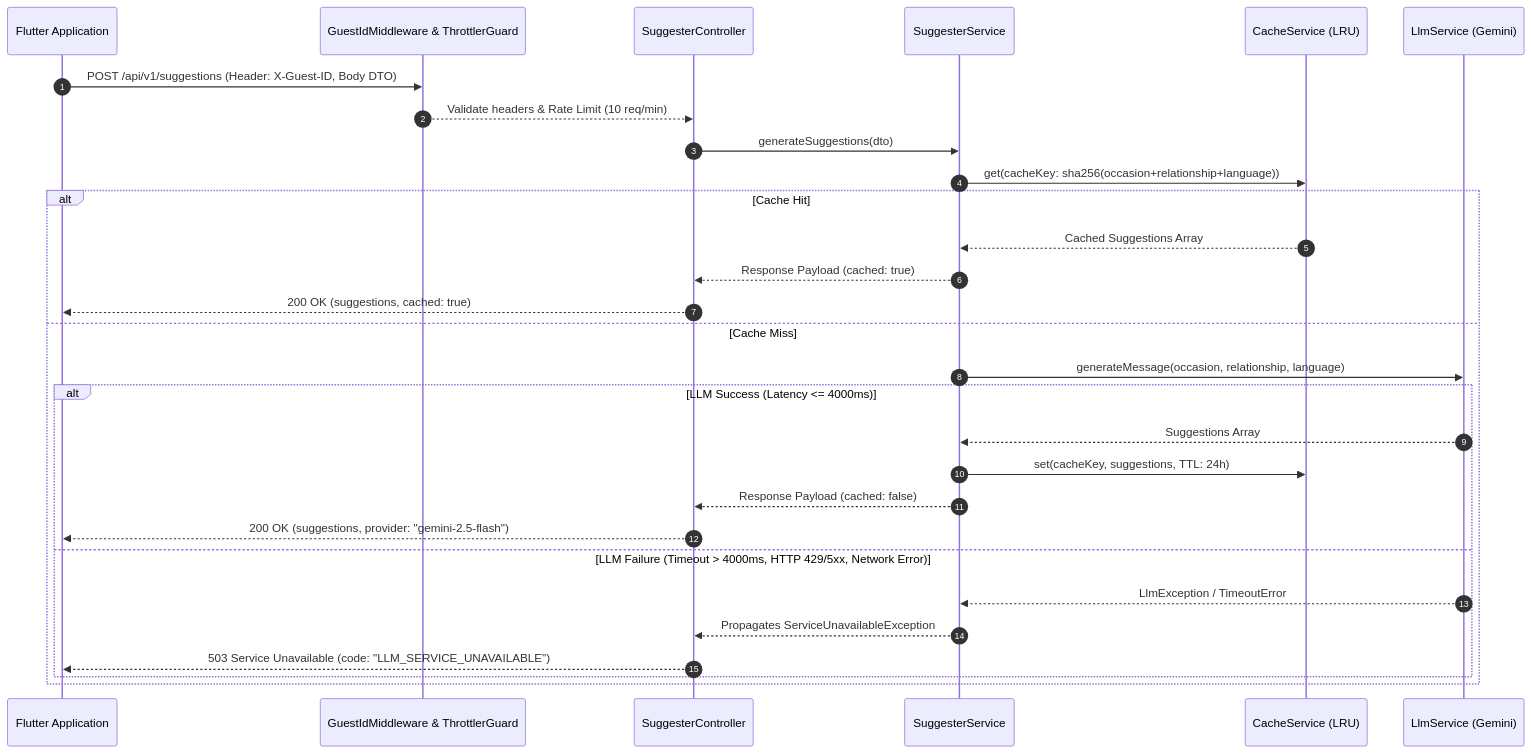
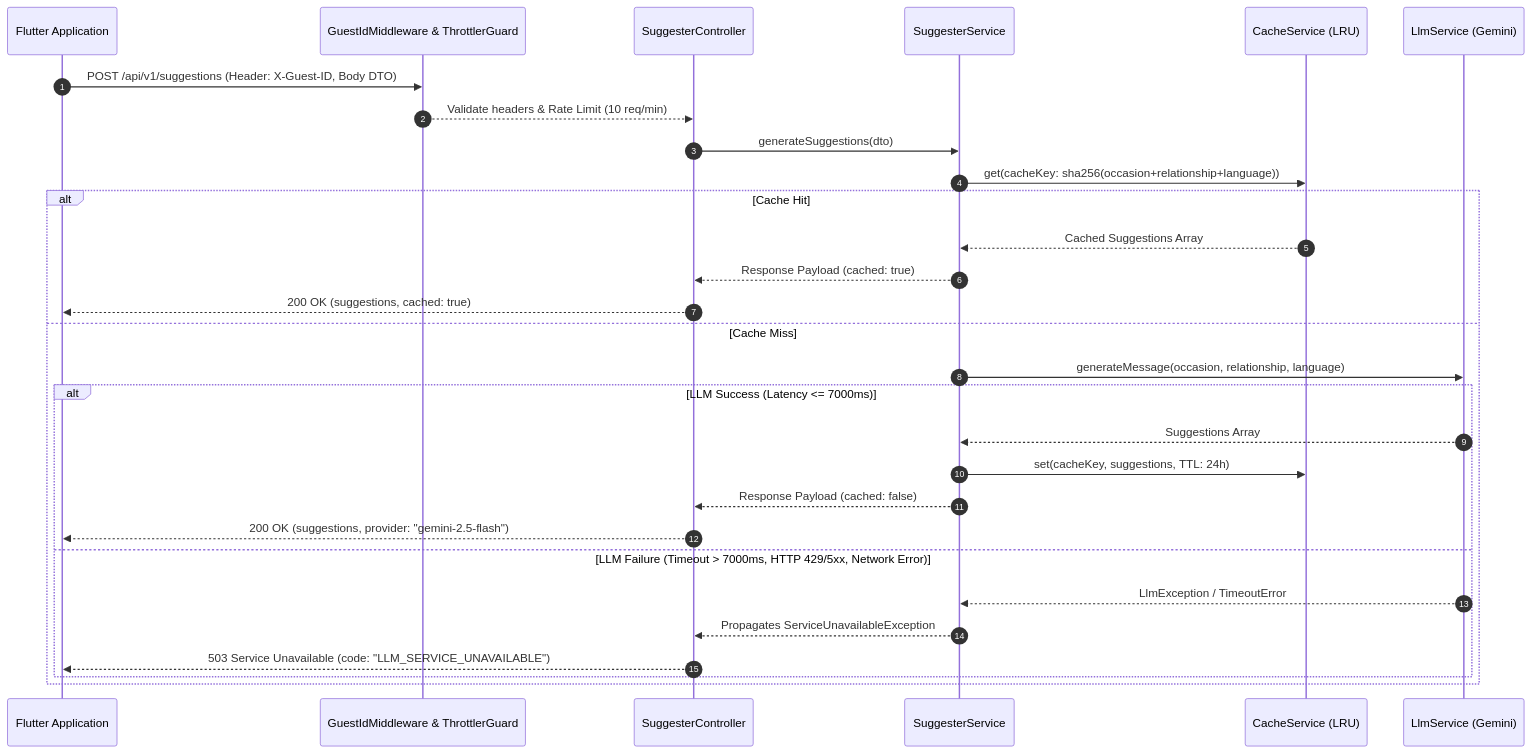
The diagram in docs/architecture/backend-architecture.md (smash-gift/fullstack-dev-test), drawn with Mermaid before and after one commit. The commit also changed 27 other files, not shown here.

Commit message:
feat(server): implement NestJS backend architecture, Gemini LLM provider and unit tests

````diff
--- a/docs/architecture/backend-architecture.md
+++ b/docs/architecture/backend-architecture.md
@@ -61,33 +61,33 @@
 ```mermaid
 sequenceDiagram
     autonumber
     participant Client as Flutter Application
     participant Middleware as GuestIdMiddleware & ThrottlerGuard
     participant Controller as SuggesterController
     participant Service as SuggesterService
     participant Cache as CacheService (LRU)
     participant LLM as LlmService (Gemini)
 
     Client->>Middleware: POST /api/v1/suggestions (Header: X-Guest-ID, Body DTO)
     Middleware-->>Controller: Validate headers & Rate Limit (10 req/min)
     Controller->>Service: generateSuggestions(dto)
     Service->>Cache: get(cacheKey: sha256(occasion+relationship+language))
     
     alt Cache Hit
         Cache-->>Service: Cached Suggestions Array
         Service-->>Controller: Response Payload (cached: true)
         Controller-->>Client: 200 OK (suggestions, cached: true)
     else Cache Miss
         Service->>LLM: generateMessage(occasion, relationship, language)
-        alt LLM Success (Latency <= 4000ms)
+        alt LLM Success (Latency <= 7000ms)
             LLM-->>Service: Suggestions Array
             Service->>Cache: set(cacheKey, suggestions, TTL: 24h)
             Service-->>Controller: Response Payload (cached: false)
             Controller-->>Client: 200 OK (suggestions, provider: "gemini-2.5-flash")
-        else LLM Failure (Timeout > 4000ms, HTTP 429/5xx, Network Error)
+        else LLM Failure (Timeout > 7000ms, HTTP 429/5xx, Network Error)
             LLM-->>Service: LlmException / TimeoutError
             Service-->>Controller: Propagates ServiceUnavailableException
             Controller-->>Client: 503 Service Unavailable (code: "LLM_SERVICE_UNAVAILABLE")
         end
     end
 ```
````
